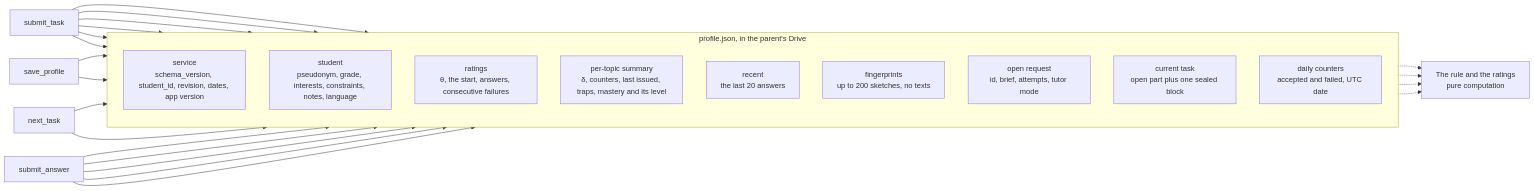
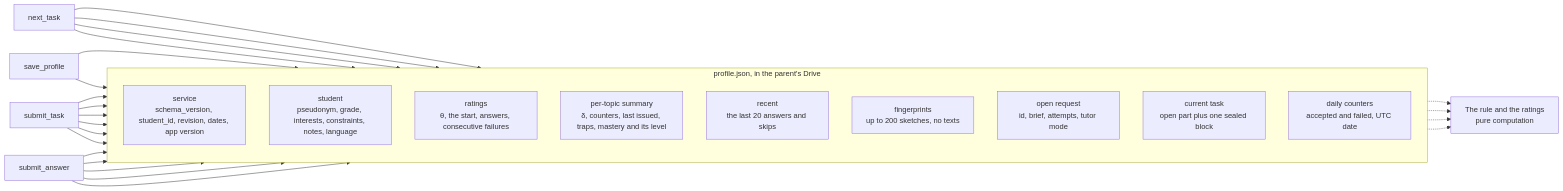
One commit to MathTrail/mathtrail-standalone changed the diagram in docs/architecture/04-profile.md. Above: the diagram before and after it, drawn with Mermaid. The commit also changed other lines of this file and 40 other files, not shown here.

````diff
--- a/docs/architecture/04-profile.md
+++ b/docs/architecture/04-profile.md
@@ -13,39 +13,41 @@
 ```mermaid
 flowchart LR
     nt["next_task"]
     st["submit_task"]
     sa["submit_answer"]
     sp["save_profile"]
     rule["The rule and the ratings<br/>pure computation"]
 
     subgraph file["profile.json, in the parent's Drive"]
         direction TB
         svc["service<br/>schema_version, student_id, revision, dates, app version"]
         kid["student<br/>pseudonym, grade, interests, constraints, notes, language"]
         rat["ratings<br/>θ, the start, answers, consecutive failures"]
         top["per-topic summary<br/>δ, counters, last issued, traps, mastery and its level"]
-        rec["recent<br/>the last 20 answers"]
+        rec["recent<br/>the last 20 answers and skips"]
         fpr["fingerprints<br/>up to 200 sketches, no texts"]
         req["open request<br/>id, brief, attempts, tutor mode"]
         cur["current task<br/>open part plus one sealed block"]
         day["daily counters<br/>accepted and failed, UTC date"]
     end
 
     sp --> kid
     nt --> req
+    nt --> rec
+    nt --> top
     st --> cur
     st --> fpr
     st --> day
     st --> req
     st --> top
     sa --> rat
     sa --> top
     sa --> rec
     sa --> cur
     sp & nt & st & sa --> svc
 
     kid -.-> rule
     rat -.-> rule
     top -.-> rule
     rec -.-> rule
 ```
````
